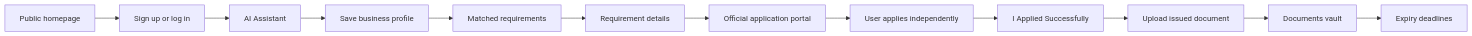
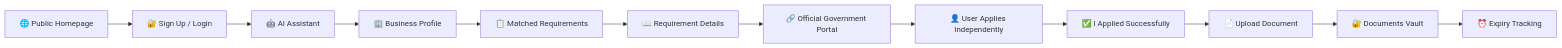
Before and after one commit to aryanbindal89/SmallBiz-AI: the first of 4 diagrams in README.md, drawn with Mermaid. The commit also changed other lines of this file, not shown here.

````diff
--- a/README.md
+++ b/README.md
@@ -9,14 +160,14 @@
 ```mermaid
 flowchart LR
-    A[Public homepage] --> B[Sign up or log in]
-    B --> C[AI Assistant]
-    C --> D[Save business profile]
-    D --> E[Matched requirements]
-    E --> F[Requirement details]
-    F --> G[Official application portal]
-    G --> H[User applies independently]
-    H --> I[I Applied Successfully]
-    I --> J[Upload issued document]
-    J --> K[Documents vault]
-    K --> L[Expiry deadlines]
+    A["🌐 Public Homepage"] --> B["🔐 Sign Up / Login"]
+    B --> C["🤖 AI Assistant"]
+    C --> D["🏢 Business Profile"]
+    D --> E["📋 Matched Requirements"]
+    E --> F["📖 Requirement Details"]
+    F --> G["🔗 Official Government Portal"]
+    G --> H["👤 User Applies Independently"]
+    H --> I["✅ I Applied Successfully"]
+    I --> J["📄 Upload Document"]
+    J --> K["🔐 Documents Vault"]
+    K --> L["⏰ Expiry Tracking"]
 ```
````
